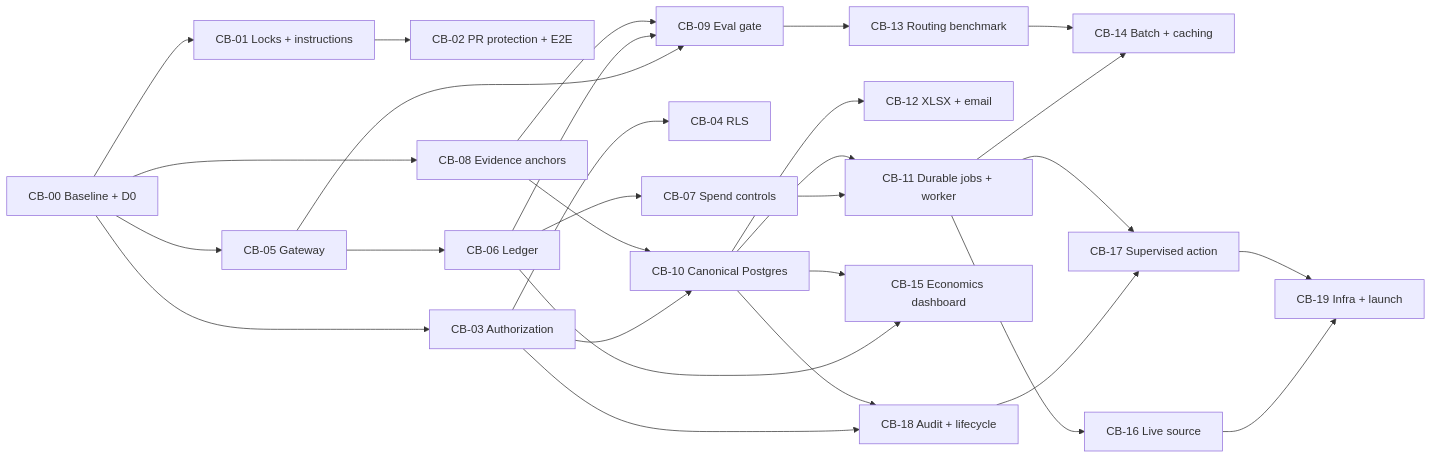
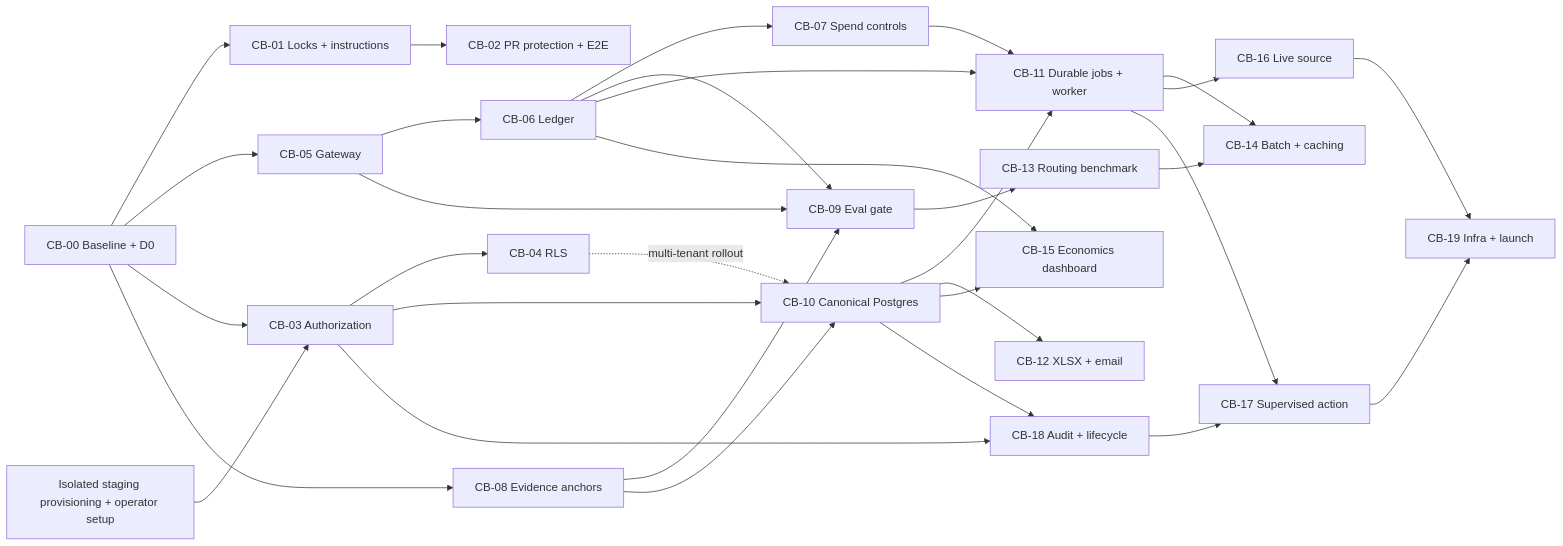
Before and after one commit to sanketsangi/sioona: the diagram in docs/DEVELOPMENT_COOKBOOK.md, drawn with Mermaid. The commit also changed other lines of this file and 51 other files, not shown here.

````diff
--- a/docs/DEVELOPMENT_COOKBOOK.md
+++ b/docs/DEVELOPMENT_COOKBOOK.md
@@ -268,31 +268,34 @@
 ```mermaid
 flowchart LR
     CB00[CB-00 Baseline + D0] --> CB01[CB-01 Locks + instructions]
     CB01 --> CB02[CB-02 PR protection + E2E]
     CB00 --> CB05[CB-05 Gateway]
     CB05 --> CB06[CB-06 Ledger]
     CB06 --> CB07[CB-07 Spend controls]
     CB00 --> CB03[CB-03 Authorization]
     CB03 --> CB04[CB-04 RLS]
     CB00 --> CB08[CB-08 Evidence anchors]
     CB05 --> CB09[CB-09 Eval gate]
     CB06 --> CB09
     CB08 --> CB09
     CB03 --> CB10[CB-10 Canonical Postgres]
     CB08 --> CB10
     CB07 --> CB11[CB-11 Durable jobs + worker]
+    CB06 --> CB11
+    CB04 -. multi-tenant rollout .-> CB10
+    STAGING[Isolated staging provisioning + operator setup] --> CB03
     CB10 --> CB11
     CB10 --> CB12[CB-12 XLSX + email]
     CB09 --> CB13[CB-13 Routing benchmark]
     CB11 --> CB14[CB-14 Batch + caching]
     CB13 --> CB14
     CB06 --> CB15[CB-15 Economics dashboard]
     CB10 --> CB15
     CB03 --> CB18[CB-18 Audit + lifecycle]
     CB10 --> CB18
     CB11 --> CB16[CB-16 Live source]
     CB18 --> CB17[CB-17 Supervised action]
     CB11 --> CB17
     CB16 --> CB19[CB-19 Infra + launch]
     CB17 --> CB19
 ```
````
